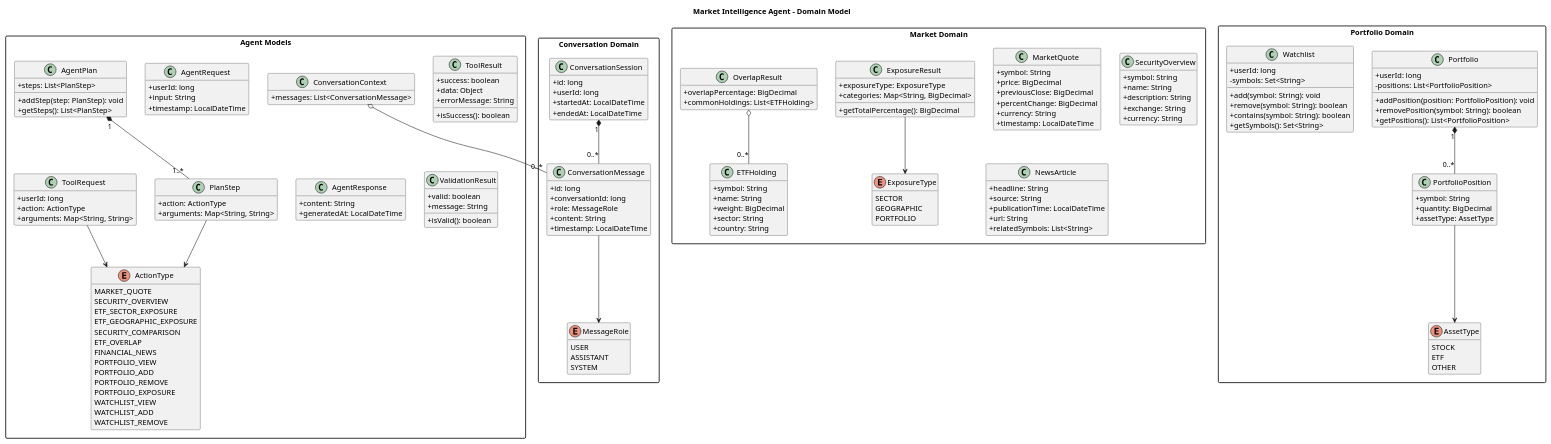
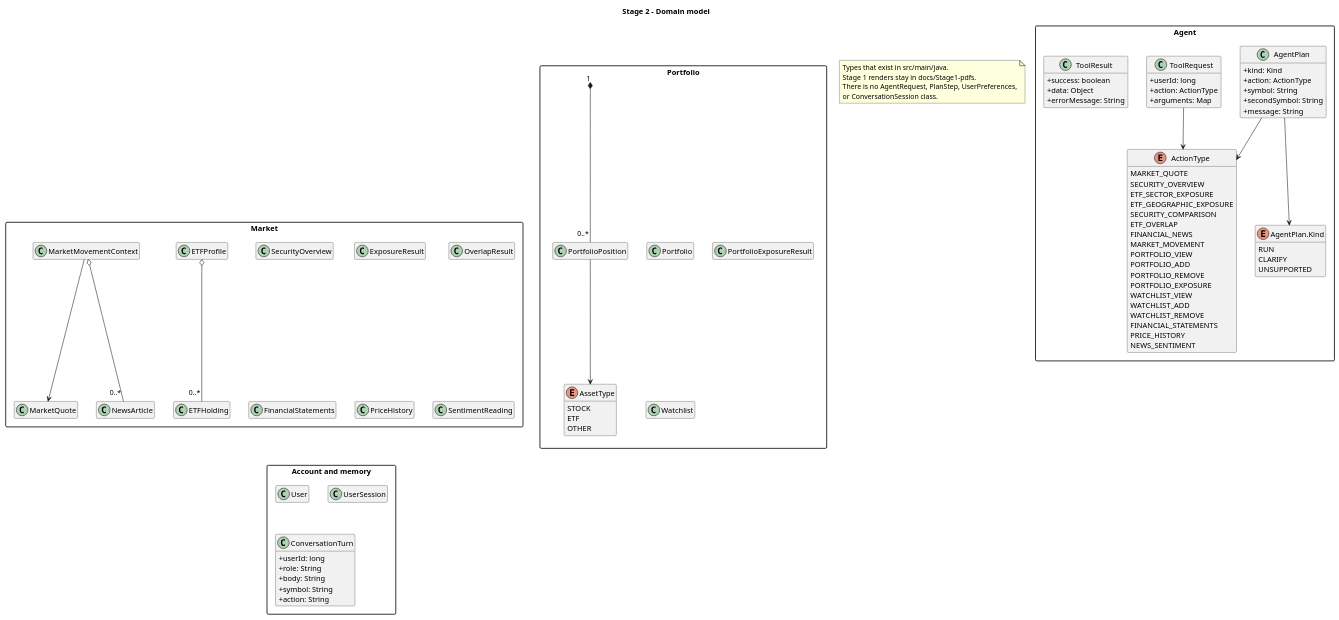
Before and after one commit to xAssasinSoulx/market-intelligence-agent: the diagram in docs/uml/class-diagram-domain.puml, drawn with PlantUML. The commit also changed 27 other files, not shown here.

First line of the commit message:
docs: record the Stage 2 implementation in the report and diagrams

```diff
--- a/docs/uml/class-diagram-domain.puml
+++ b/docs/uml/class-diagram-domain.puml
@@ -1,65 +1,40 @@
 @startuml
-title Market Intelligence Agent - Domain Model
+title Stage 2 - Domain model
 
 skinparam classAttributeIconSize 0
 skinparam packageStyle rectangle
 hide empty members
 
+note as Scope
+  Types that exist in src/main/java.
+  Stage 1 renders stay in docs/Stage1-pdfs.
+  There is no AgentRequest, PlanStep, UserPreferences,
+  or ConversationSession class.
+end note
 
-' ============================================================
-' AGENT REQUEST MODELS
-' ============================================================
-
-package "Agent Models" {
-
-    class AgentRequest {
-        + userId: long
-        + input: String
-        + timestamp: LocalDateTime
+package "Agent" {
+    class AgentPlan {
+        + kind: Kind
+        + action: ActionType
+        + symbol: String
+        + secondSymbol: String
+        + message: String
     }
-
-    class AgentPlan {
-        + steps: List<PlanStep>
-
-        + addStep(step: PlanStep): void
-        + getSteps(): List<PlanStep>
+    enum "AgentPlan.Kind" as Kind {
+        RUN
+        CLARIFY
+        UNSUPPORTED
     }
-
-    class PlanStep {
-        + action: ActionType
-        + arguments: Map<String, String>
-    }
-
     class ToolRequest {
         + userId: long
         + action: ActionType
-        + arguments: Map<String, String>
+        + arguments: Map
     }
-
     class ToolResult {
         + success: boolean
         + data: Object
         + errorMessage: String
-
-        + isSuccess(): boolean
     }
-
-    class AgentResponse {
-        + content: String
-        + generatedAt: LocalDateTime
-    }
-
-    class ConversationContext {
-        + messages: List<ConversationMessage>
-    }
-
-    class ValidationResult {
-        + valid: boolean
-        + message: String
-
-        + isValid(): boolean
-    }
-
     enum ActionType {
         MARKET_QUOTE
         SECURITY_OVERVIEW
@@ -68,6 +43,7 @@
         SECURITY_COMPARISON
         ETF_OVERLAP
         FINANCIAL_NEWS
+        MARKET_MOVEMENT
         PORTFOLIO_VIEW
         PORTFOLIO_ADD
         PORTFOLIO_REMOVE
@@ -75,109 +51,31 @@
         WATCHLIST_VIEW
         WATCHLIST_ADD
         WATCHLIST_REMOVE
+        FINANCIAL_STATEMENTS
+        PRICE_HISTORY
+        NEWS_SENTIMENT
     }
 }
 
-AgentPlan "1" *-- "1..*" PlanStep
-
-PlanStep --> ActionType
-ToolRequest --> ActionType
-
-
-' ============================================================
-' MARKET DOMAIN
-' ============================================================
-
-package "Market Domain" {
-
-    class MarketQuote {
-        + symbol: String
-        + price: BigDecimal
-        + previousClose: BigDecimal
-        + percentChange: BigDecimal
-        + currency: String
-        + timestamp: LocalDateTime
-    }
-
-    class SecurityOverview {
-        + symbol: String
-        + name: String
-        + description: String
-        + exchange: String
-        + currency: String
-    }
-
-    class ETFHolding {
-        + symbol: String
-        + name: String
-        + weight: BigDecimal
-        + sector: String
-        + country: String
-    }
-
-    class ExposureResult {
-        + exposureType: ExposureType
-        + categories: Map<String, BigDecimal>
-
-        + getTotalPercentage(): BigDecimal
-    }
-
-    class OverlapResult {
-        + overlapPercentage: BigDecimal
-        + commonHoldings: List<ETFHolding>
-    }
-
-    class NewsArticle {
-        + headline: String
-        + source: String
-        + publicationTime: LocalDateTime
-        + url: String
-        + relatedSymbols: List<String>
-    }
-
-    enum ExposureType {
-        SECTOR
-        GEOGRAPHIC
-        PORTFOLIO
-    }
+package "Market" {
+    class MarketQuote
+    class SecurityOverview
+    class ETFProfile
+    class ETFHolding
+    class ExposureResult
+    class OverlapResult
+    class NewsArticle
+    class FinancialStatements
+    class PriceHistory
+    class SentimentReading
+    class MarketMovementContext
 }
 
-ExposureResult --> ExposureType
-
-OverlapResult o-- "0..*" ETFHolding
-
-
-' ============================================================
-' PORTFOLIO DOMAIN
-' ============================================================
-
-package "Portfolio Domain" {
-
-    class Portfolio {
-        + userId: long
-        - positions: List<PortfolioPosition>
-
-        + addPosition(position: PortfolioPosition): void
-        + removePosition(symbol: String): boolean
-        + getPositions(): List<PortfolioPosition>
-    }
-
-    class PortfolioPosition {
-        + symbol: String
-        + quantity: BigDecimal
-        + assetType: AssetType
-    }
-
-    class Watchlist {
-        + userId: long
-        - symbols: Set<String>
-
-        + add(symbol: String): void
-        + remove(symbol: String): boolean
-        + contains(symbol: String): boolean
-        + getSymbols(): Set<String>
-    }
-
+package "Portfolio" {
+    class Portfolio
+    class PortfolioPosition
+    class PortfolioExposureResult
+    class Watchlist
     enum AssetType {
         STOCK
         ETF
@@ -185,41 +83,25 @@
     }
 }
 
-Portfolio "1" *-- "0..*" PortfolioPosition
-PortfolioPosition --> AssetType
-
-
-' ============================================================
-' CONVERSATION DOMAIN
-' ============================================================
-
-package "Conversation Domain" {
-
-    class ConversationSession {
-        + id: long
+package "Account and memory" {
+    class User
+    class UserSession
+    class ConversationTurn {
         + userId: long
-        + startedAt: LocalDateTime
-        + endedAt: LocalDateTime
-    }
-
-    class ConversationMessage {
-        + id: long
-        + conversationId: long
-        + role: MessageRole
-        + content: String
-        + timestamp: LocalDateTime
-    }
-
-    enum MessageRole {
-        USER
-        ASSISTANT
-        SYSTEM
+        + role: String
+        + body: String
+        + symbol: String
+        + action: String
     }
 }
 
-ConversationSession "1" *-- "0..*" ConversationMessage
-ConversationMessage --> MessageRole
-
-ConversationContext o-- "0..*" ConversationMessage
+AgentPlan --> Kind
+AgentPlan --> ActionType
+ToolRequest --> ActionType
+Portfolio "1" *-- "0..*" PortfolioPosition
+PortfolioPosition --> AssetType
+ETFProfile o-- "0..*" ETFHolding
+MarketMovementContext --> MarketQuote
+MarketMovementContext o-- "0..*" NewsArticle
 
 @enduml
```
